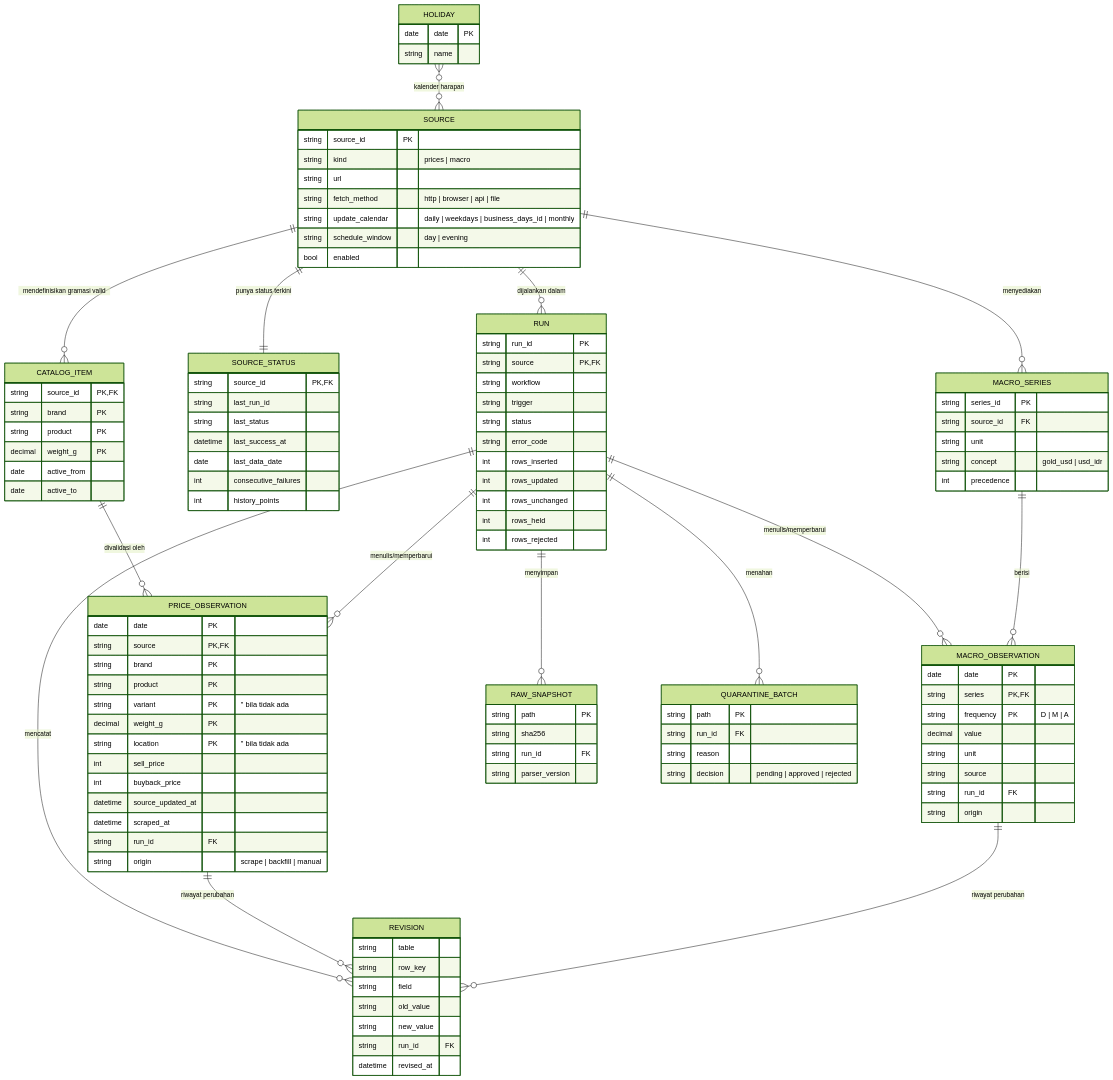
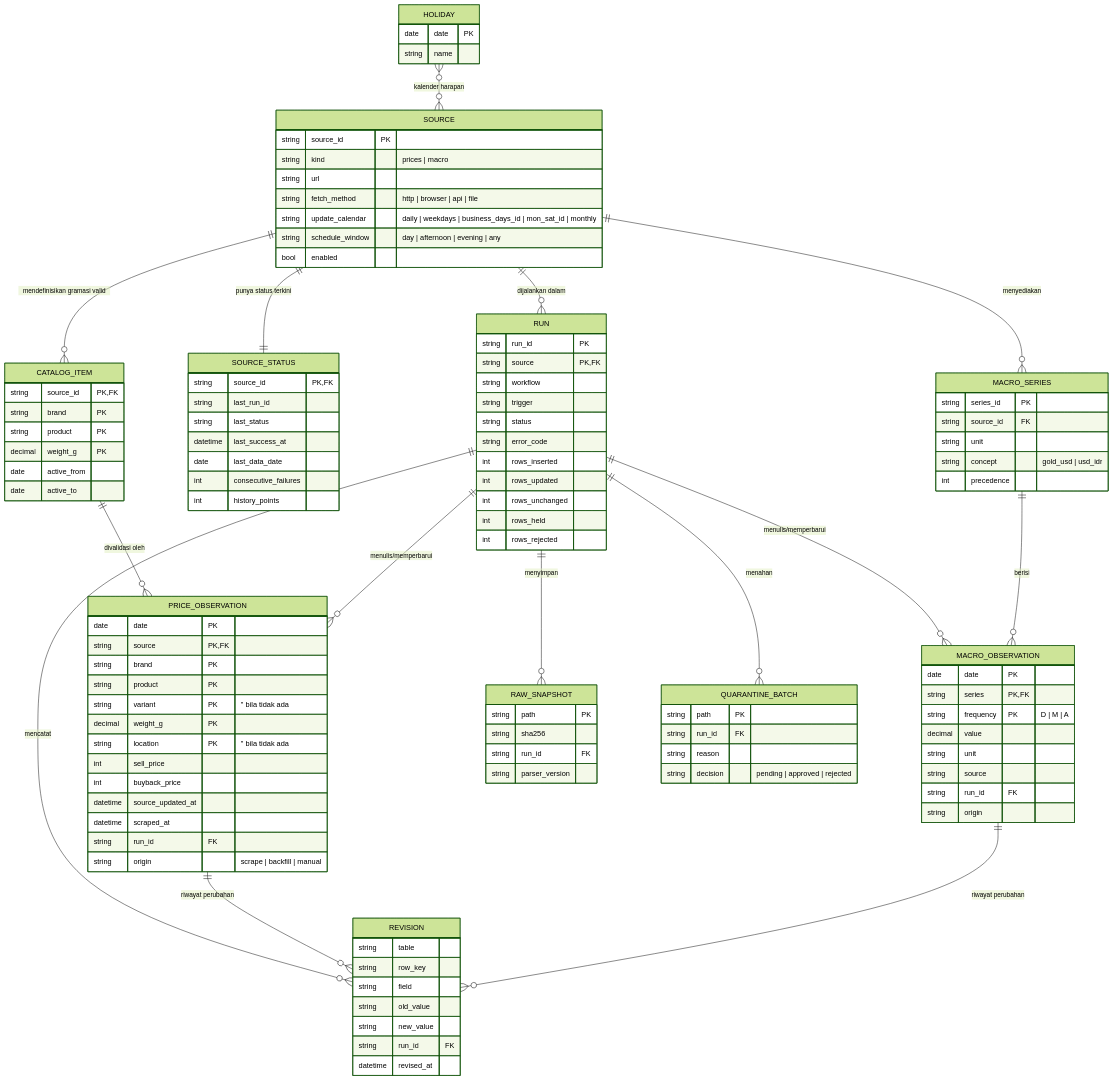
Before and after one commit to hafidznrg/gold-price-tracker: the diagram in plan/DATA-MODEL.md, drawn with Mermaid (forest theme). The commit also changed other lines of this file and 16 other files, not shown here.

```diff
--- a/plan/DATA-MODEL.md
+++ b/plan/DATA-MODEL.md
@@ -58,8 +58,8 @@
     string kind "prices | macro"
     string url
     string fetch_method "http | browser | api | file"
-    string update_calendar "daily | weekdays | business_days_id | monthly"
-    string schedule_window "day | evening"
+    string update_calendar "daily | weekdays | business_days_id | mon_sat_id | monthly"
+    string schedule_window "day | afternoon | evening | any"
     bool enabled
   }
   CATALOG_ITEM {
```
